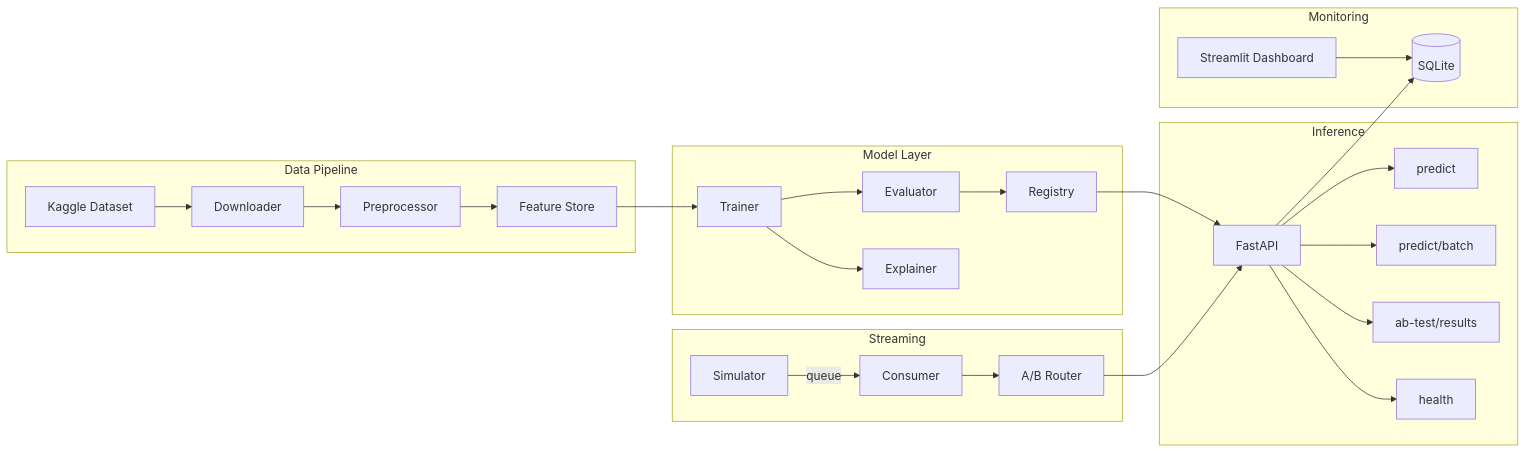
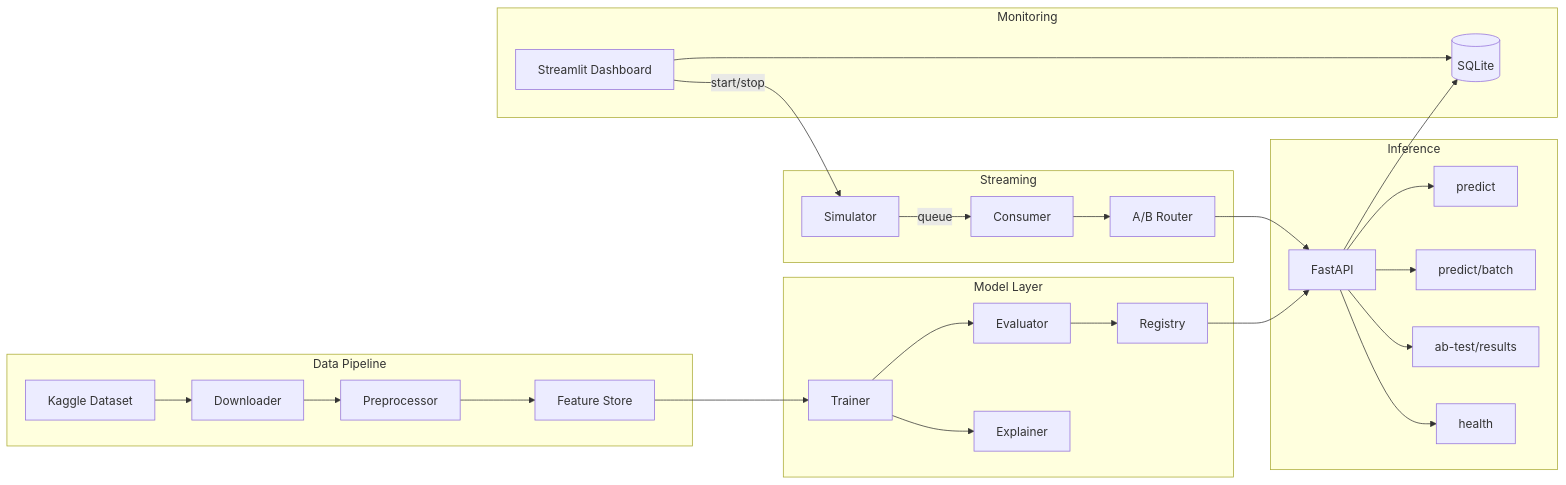
The diagram in README.md (KarasiewiczStephane/fraud-detection-system), drawn with Mermaid before and after one commit. The commit also changed other lines of this file and 2 other files, not shown here.

````diff
--- a/README.md
+++ b/README.md
@@ -27,35 +27,36 @@
 ```mermaid
 graph LR
     subgraph Data Pipeline
         A[Kaggle Dataset] --> B[Downloader]
         B --> C[Preprocessor]
         C --> D[Feature Store]
     end
 
     subgraph Model Layer
         D --> E[Trainer]
         E --> F[Evaluator]
         F --> G[Registry]
         E --> H[Explainer]
     end
 
     subgraph Inference
         G --> I[FastAPI]
         I --> J["predict"]
         I --> K["predict/batch"]
         I --> L["ab-test/results"]
         I --> M["health"]
     end
 
     subgraph Streaming
         N[Simulator] -->|queue| O[Consumer]
         O --> P[A/B Router]
         P --> I
     end
 
     subgraph Monitoring
         Q[Streamlit Dashboard]
         Q --> R[(SQLite)]
+        Q -->|start/stop| N
         I --> R
     end
 ```
````
